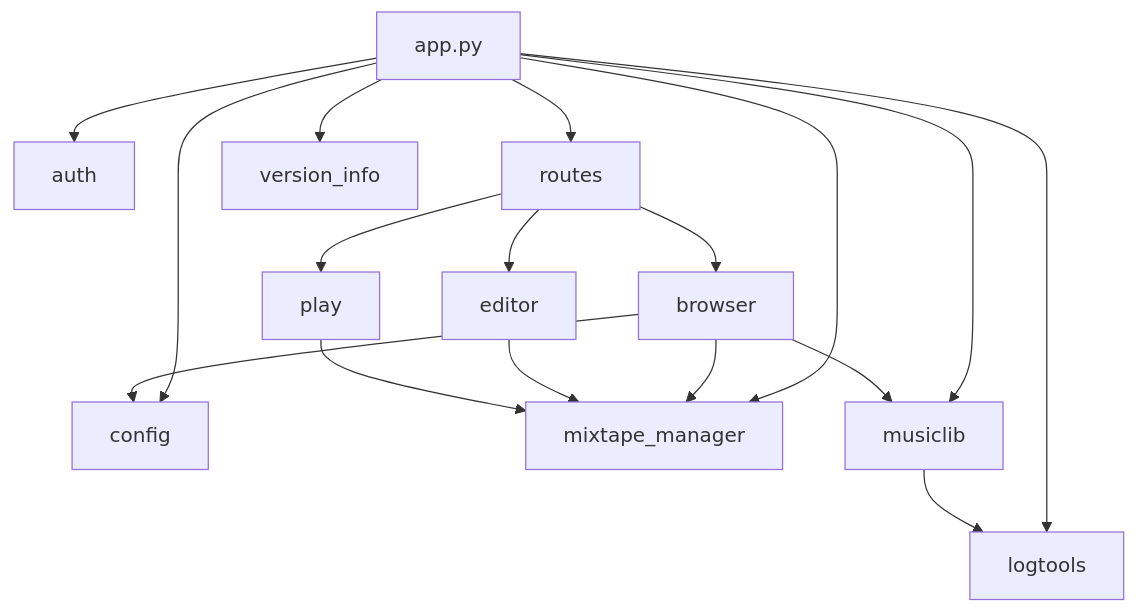
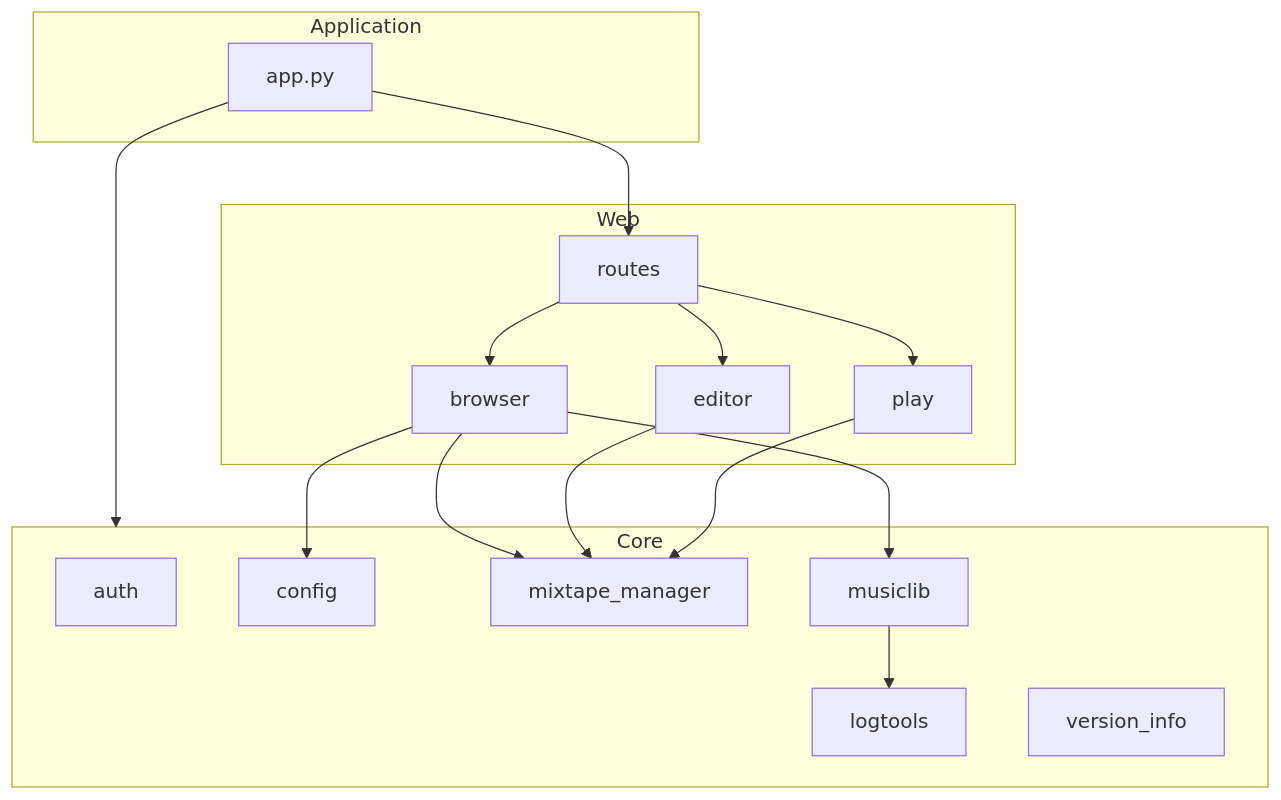
One commit to mark-me/mixtape-society changed the diagram in docs/development/project_modules.md. Above: the diagram before and after it, drawn with Mermaid. The commit also changed other lines of this file, not shown here.

````diff
--- a/docs/development/project_modules.md
+++ b/docs/development/project_modules.md
@@ -17,24 +41,38 @@
 ```mermaid
 graph TD
-    app.py --> auth
-    app.py --> config
-    app.py --> logtools
-    app.py --> mixtape_manager
-    app.py --> musiclib
+    subgraph Application
+        app.py
+    end
+
+    subgraph Core
+        auth
+        config
+        logtools
+        mixtape_manager
+        musiclib
+        version_info
+    end
+
+    subgraph Web
+        routes
+        browser
+        editor
+        play
+    end
+
+    app.py --> Core
     app.py --> routes
-    app.py --> version_info
 
     musiclib --> logtools
 
     routes --> browser
     routes --> editor
     routes --> play
 
     browser --> mixtape_manager
     browser --> config
     browser --> musiclib
 
     editor --> mixtape_manager
-
     play --> mixtape_manager
 ```
````
